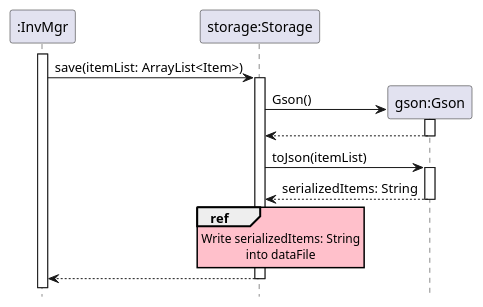
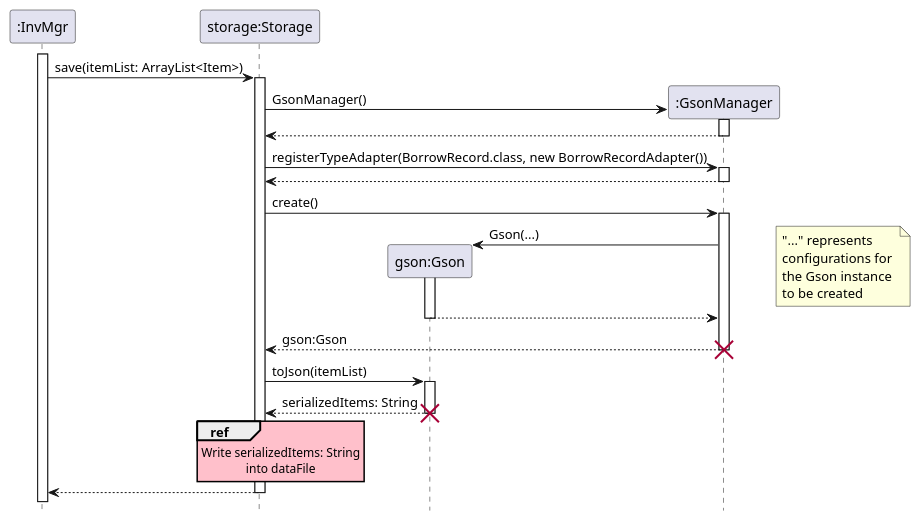
One commit to nus-cs2113-AY2122S2/tp changed the diagram in docs/diagrams/StorageSaveSequenceDiagram.puml. Above: the diagram before and after it, drawn with PlantUML. The commit also changed 6 other files, not shown here.

Commit message:
Add UML Sequence diagrams to reflect changes Changes/additions: EditCommand, SearchCommand, Storage Load/Save

```diff
--- a/docs/diagrams/StorageSaveSequenceDiagram.puml
+++ b/docs/diagrams/StorageSaveSequenceDiagram.puml
@@ -1,30 +1,47 @@
 @startuml
 
 hide footbox
 skinparam SequenceReferenceBackgroundColor pink
 
 participant ":InvMgr" as InvMgr
 participant "storage:Storage" as Storage
 participant "gson:Gson" as Gson
+participant ":GsonManager" as GsonManager
+
 
 activate InvMgr
     InvMgr -> Storage : save(itemList: ArrayList<Item>)
     activate Storage
 
-        create Gson
-        Storage -> Gson : Gson()
-        activate Gson
+        create GsonManager
+        Storage -> GsonManager: GsonManager()
+        activate GsonManager
         return
+
+        Storage -> GsonManager: registerTypeAdapter(BorrowRecord.class, new BorrowRecordAdapter())
+        activate GsonManager
+        return
+
+        Storage -> GsonManager: create()
+        activate GsonManager
+            create Gson
+            GsonManager -> Gson: Gson(...)
+            activate Gson
+            note right: "..." represents \nconfigurations for \nthe Gson instance \nto be created
+            return
+        return gson:Gson
+        destroy GsonManager
 
         Storage -> Gson : toJson(itemList)
         activate Gson
         return serializedItems: String
+        destroy Gson
 
         ref over Storage
             Write serializedItems: String
             into dataFile
         end ref
 
     return
 
 @enduml
```
